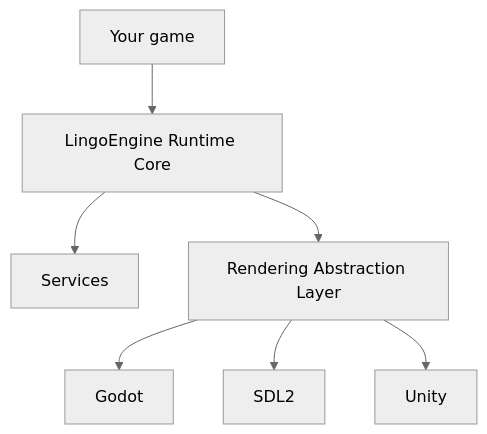
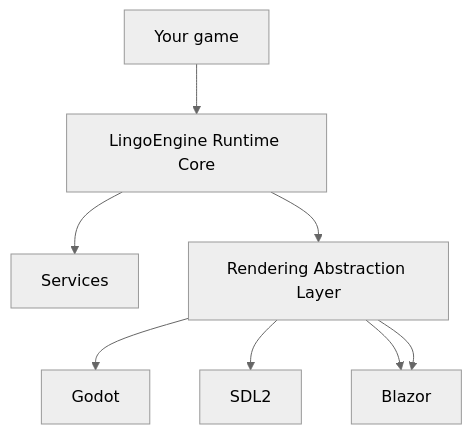
Before and after one commit to EmmanuelTheCreator/BlingoEngine: the diagram in README.md, drawn with Mermaid (neutral theme). The commit also changed other lines of this file, not shown here.

Commit message:
Fix typo in Architecture overview section

````diff
--- a/README.md
+++ b/README.md
@@ -254,12 +254,13 @@
 ```mermaid
 graph TD
 
 %% Top-level flow
 A[Your game] --> B[LingoEngine Runtime Core]
 B --> C[Services]
 B --> D[Rendering Abstraction Layer]
 D --> E1[Godot]
 D --> E2[SDL2]
 D --> E3[Unity]
+D --> E3[Blazor]
 
 ```
````
